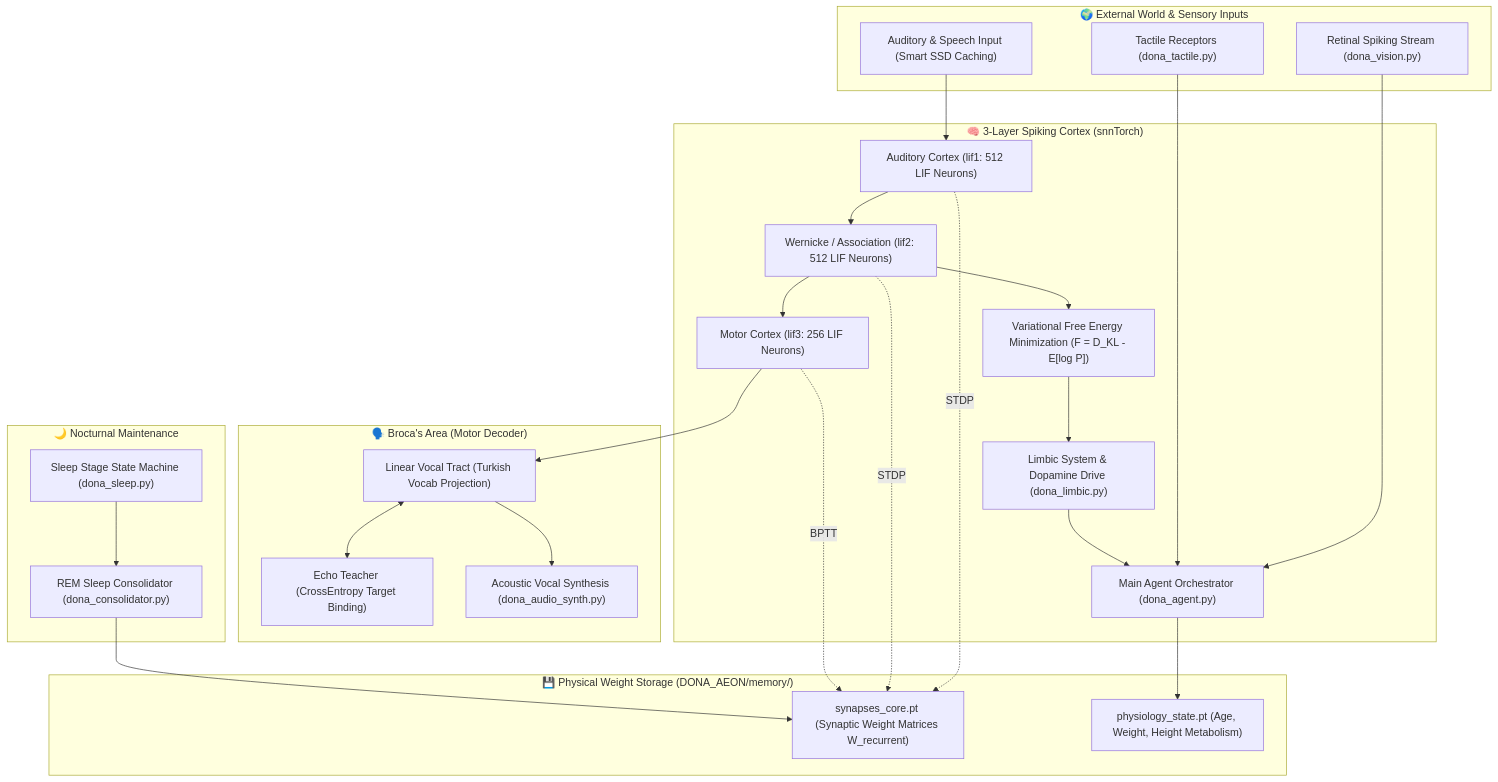
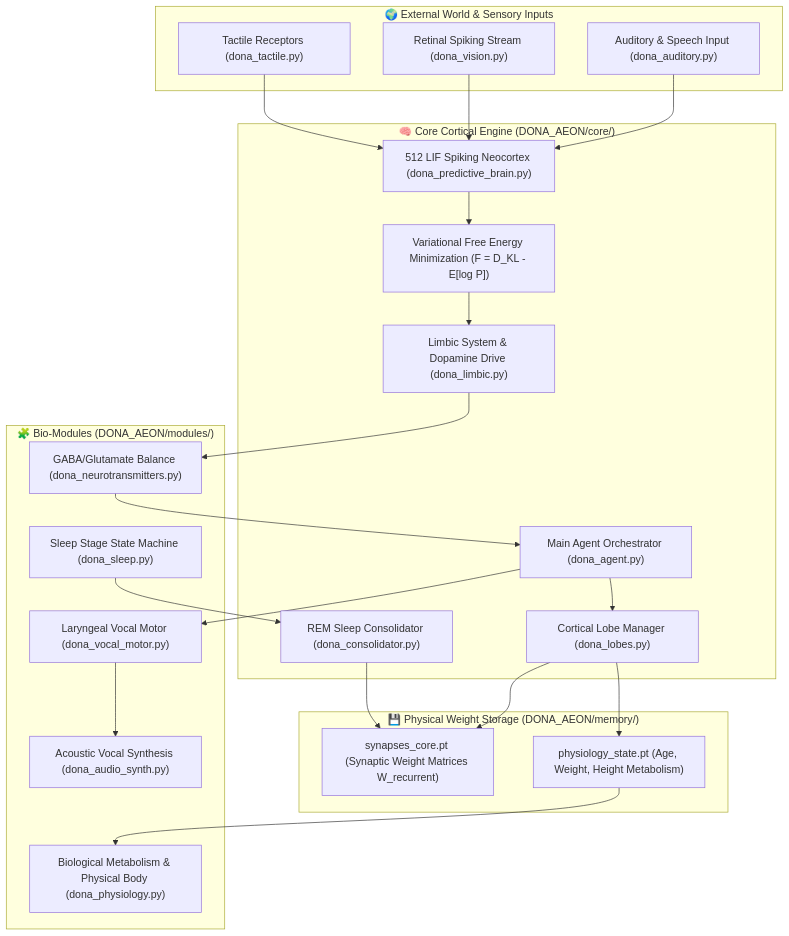
One commit to dobby-aidev/dona-aeon-showcase changed the diagram in README.md. Above: the diagram before and after it, drawn with Mermaid. The commit also changed other lines of this file, not shown here.

````diff
--- a/README.md
+++ b/README.md
@@ -41,51 +40,46 @@
 ```mermaid
 flowchart TD
     subgraph Environment ["🌍 External World & Sensory Inputs"]
-        Auditory["Auditory & Speech Input (Smart SSD Caching)"]
+        Auditory["Auditory & Speech Input (dona_auditory.py)"]
         Vision["Retinal Spiking Stream (dona_vision.py)"]
         Tactile["Tactile Receptors (dona_tactile.py)"]
     end
 
-    subgraph CoreCortex ["🧠 3-Layer Spiking Cortex (snnTorch)"]
+    subgraph CoreCortex ["🧠 Core Cortical Engine (DONA_AEON/core/)"]
         Agent["Main Agent Orchestrator (dona_agent.py)"]
-        LIF1["Auditory Cortex (lif1: 512 LIF Neurons)"]
-        LIF2["Wernicke / Association (lif2: 512 LIF Neurons)"]
-        LIF3["Motor Cortex (lif3: 256 LIF Neurons)"]
+        Neocortex["512 LIF Spiking Neocortex (dona_predictive_brain.py)"]
         FEP["Variational Free Energy Minimization (F = D_KL - E[log P])"]
         Limbic["Limbic System & Dopamine Drive (dona_limbic.py)"]
+        Lobes["Cortical Lobe Manager (dona_lobes.py)"]
+        Consolidator["REM Sleep Consolidator (dona_consolidator.py)"]
     end
 
-    subgraph BrocaArea ["🗣️ Broca's Area (Motor Decoder)"]
-        VocalTract["Linear Vocal Tract (Turkish Vocab Projection)"]
-        EchoTeacher["Echo Teacher (CrossEntropy Target Binding)"]
+    subgraph SensoryModules ["🧩 Bio-Modules (DONA_AEON/modules/)"]
+        Physiology["Biological Metabolism & Physical Body (dona_physiology.py)"]
+        Sleep["Sleep Stage State Machine (dona_sleep.py)"]
+        Vocal["Laryngeal Vocal Motor (dona_vocal_motor.py)"]
+        Neuro["GABA/Glutamate Balance (dona_neurotransmitters.py)"]
         Synth["Acoustic Vocal Synthesis (dona_audio_synth.py)"]
-    end
-    
-    subgraph SleepCycle ["🌙 Nocturnal Maintenance"]
-        Sleep["Sleep Stage State Machine (dona_sleep.py)"]
-        Consolidator["REM Sleep Consolidator (dona_consolidator.py)"]
     end
 
     subgraph MemoryStorage ["💾 Physical Weight Storage (DONA_AEON/memory/)"]
         Synapses["synapses_core.pt (Synaptic Weight Matrices W_recurrent)"]
         PhysState["physiology_state.pt (Age, Weight, Height Metabolism)"]
     end
 
-    Auditory --> LIF1
-    Vision --> Agent
-    Tactile --> Agent
-    LIF1 --> LIF2
-    LIF2 --> LIF3
-    LIF2 --> FEP
+    Auditory --> Neocortex
+    Vision --> Neocortex
+    Tactile --> Neocortex
+    Neocortex --> FEP
     FEP --> Limbic
-    Limbic --> Agent
-    LIF3 --> VocalTract
-    VocalTract <--> EchoTeacher
-    VocalTract --> Synth
-    LIF1 -. STDP .-> Synapses
-    LIF2 -. STDP .-> Synapses
-    LIF3 -. BPTT .-> Synapses
+    Limbic --> Neuro
+    Neuro --> Agent
+    Agent --> Lobes
+    Lobes --> Synapses
+    Lobes --> PhysState
+    PhysState --> Physiology
     Sleep --> Consolidator
     Consolidator --> Synapses
-    Agent --> PhysState
+    Agent --> Vocal
+    Vocal --> Synth
 ```
````
